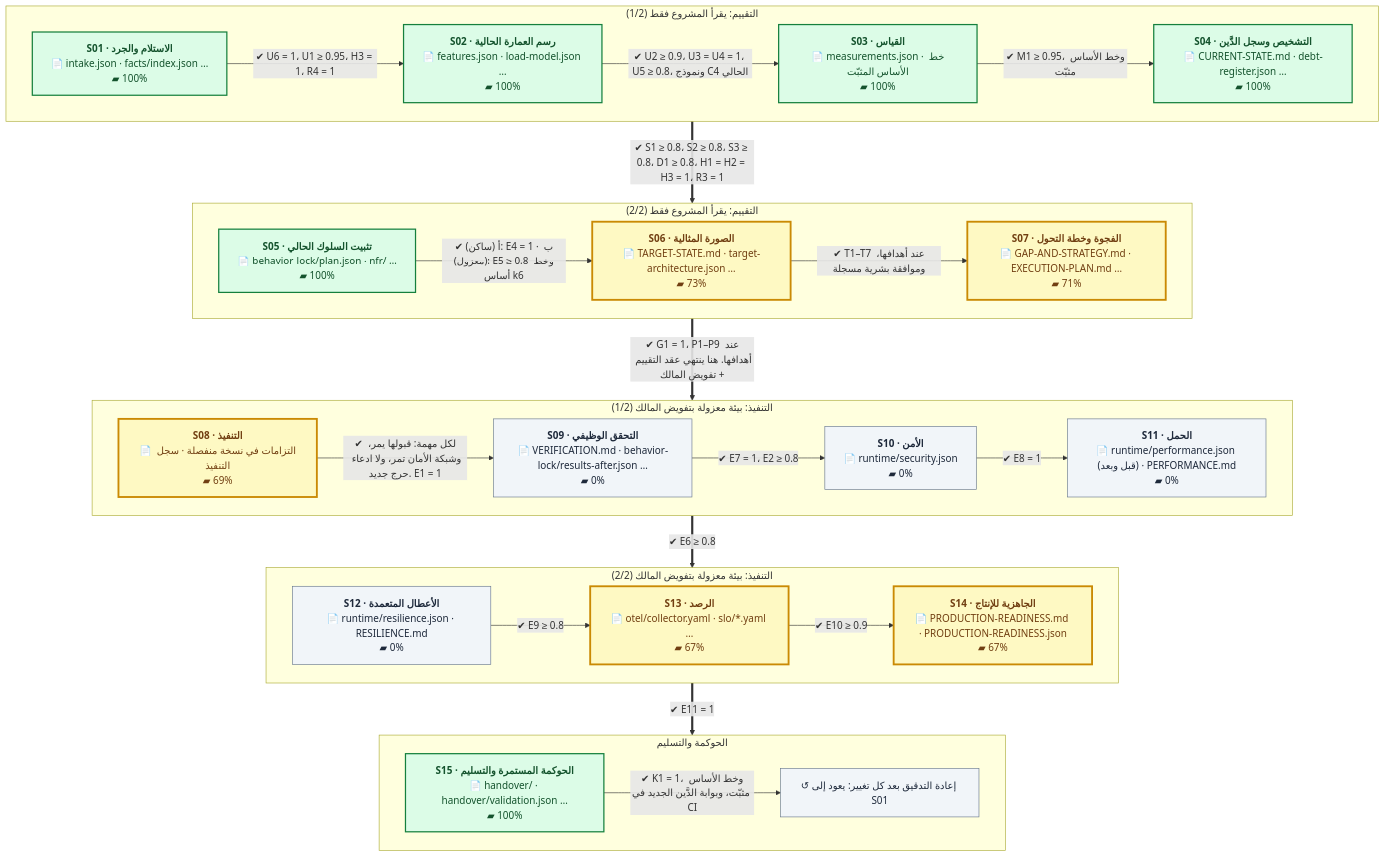
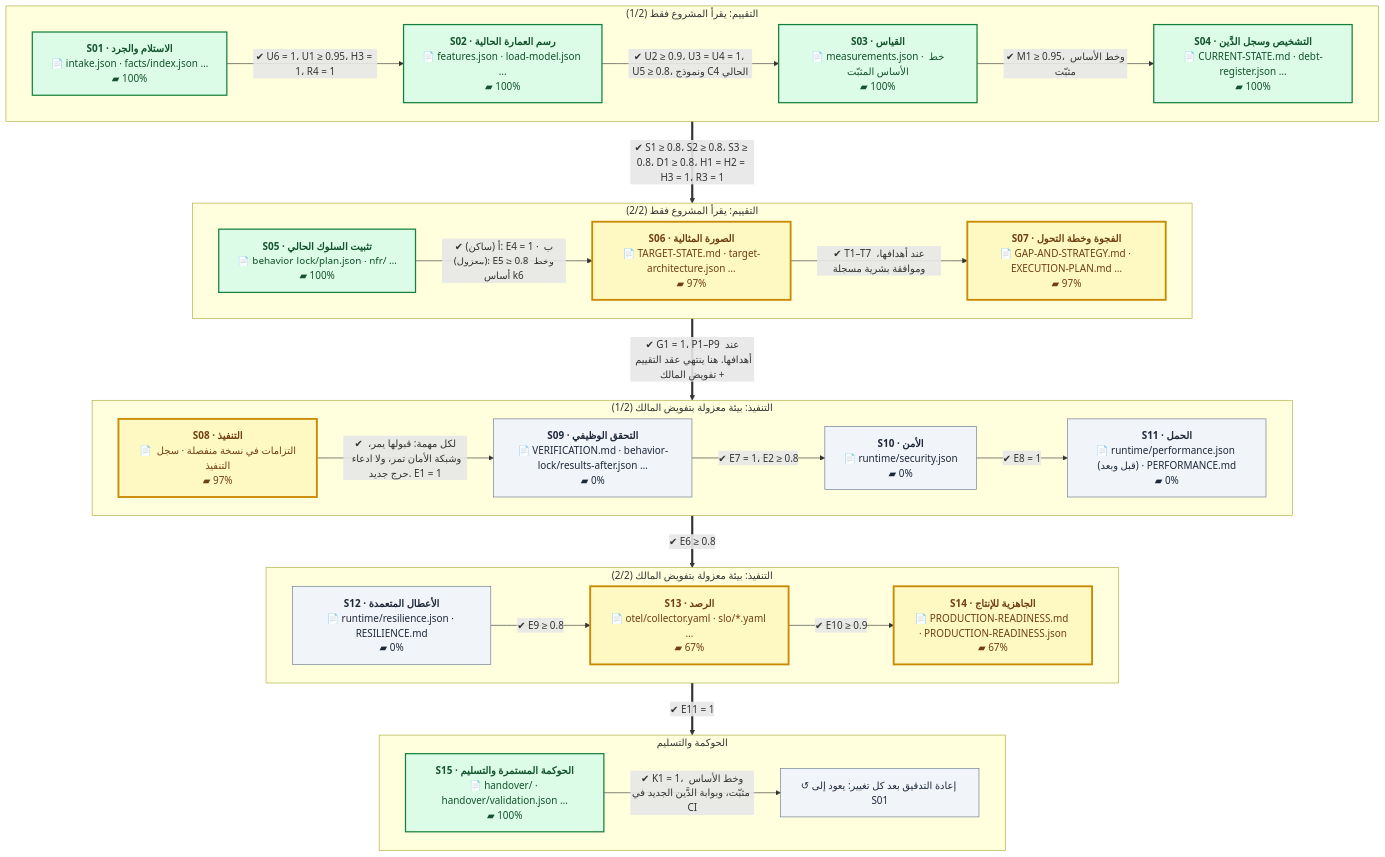
The first of 2 diagrams in README.md (eom1417/engineering-audit-os), drawn with Mermaid before and after one commit. The commit also changed other lines of this file and 4 other files, not shown here.

````diff
--- a/README.md
+++ b/README.md
@@ -52,54 +52,54 @@
 ```mermaid
 %%{init: {'flowchart': {'wrappingWidth': 260, 'nodeSpacing': 40, 'rankSpacing': 60}}}%%
 flowchart TB
     subgraph P1["التقييم: يقرأ المشروع فقط (1/2)"]
         direction LR
         S01["<b>S01 · الاستلام والجرد</b><br/>📄 intake.json · facts/index.json …<br/>▰ 100%"]:::done
         S02["<b>S02 · رسم العمارة الحالية</b><br/>📄 features.json · load-model.json …<br/>▰ 100%"]:::done
         S03["<b>S03 · القياس</b><br/>📄 measurements.json · خط الأساس المثبّت<br/>▰ 100%"]:::done
         S04["<b>S04 · التشخيص وسجل الدَّين</b><br/>📄 CURRENT-STATE.md · debt-register.json …<br/>▰ 100%"]:::done
         S01 -->|"✔ U6 = 1، U1 ≥ 0.95، H3 = 1، R4 = 1"| S02
         S02 -->|"✔ U2 ≥ 0.9، U3 = U4 = 1، U5 ≥ 0.8، ونموذج C4 الحالي"| S03
         S03 -->|"✔ M1 ≥ 0.95، وخط الأساس مثبّت"| S04
     end
     subgraph P2["التقييم: يقرأ المشروع فقط (2/2)"]
         direction LR
         S05["<b>S05 · تثبيت السلوك الحالي</b><br/>📄 behavior-lock/plan.json · nfr/ …<br/>▰ 100%"]:::done
-        S06["<b>S06 · الصورة المثالية</b><br/>📄 TARGET-STATE.md · target-architecture.json …<br/>▰ 73%"]:::current
-        S07["<b>S07 · الفجوة وخطة التحول</b><br/>📄 GAP-AND-STRATEGY.md · EXECUTION-PLAN.md …<br/>▰ 71%"]:::current
+        S06["<b>S06 · الصورة المثالية</b><br/>📄 TARGET-STATE.md · target-architecture.json …<br/>▰ 97%"]:::current
+        S07["<b>S07 · الفجوة وخطة التحول</b><br/>📄 GAP-AND-STRATEGY.md · EXECUTION-PLAN.md …<br/>▰ 97%"]:::current
         S05 -->|"✔ أ (ساكن): E4 = 1 · ب (معزول): E5 ≥ 0.8 وخط أساس k6"| S06
         S06 -->|"✔ T1–T7 عند أهدافها، وموافقة بشرية مسجلة"| S07
     end
     subgraph P3["التنفيذ: بيئة معزولة بتفويض المالك (1/2)"]
         direction LR
-        S08["<b>S08 · التنفيذ</b><br/>📄 التزامات في نسخة منفصلة · سجل التنفيذ<br/>▰ 69%"]:::current
+        S08["<b>S08 · التنفيذ</b><br/>📄 التزامات في نسخة منفصلة · سجل التنفيذ<br/>▰ 97%"]:::current
         S09["<b>S09 · التحقق الوظيفي</b><br/>📄 VERIFICATION.md · behavior-lock/results-after.json …<br/>▰ 0%"]:::next
         S10["<b>S10 · الأمن</b><br/>📄 runtime/security.json<br/>▰ 0%"]:::next
         S11["<b>S11 · الحمل</b><br/>📄 runtime/performance.json (قبل وبعد) · PERFORMANCE.md<br/>▰ 0%"]:::next
         S08 -->|"✔ لكل مهمة: قبولها يمر، وشبكة الأمان تمر، ولا ادعاء حرج جديد. E1 = 1"| S09
         S09 -->|"✔ E7 = 1، E2 ≥ 0.8"| S10
         S10 -->|"✔ E8 = 1"| S11
     end
     subgraph P4["التنفيذ: بيئة معزولة بتفويض المالك (2/2)"]
         direction LR
         S12["<b>S12 · الأعطال المتعمدة</b><br/>📄 runtime/resilience.json · RESILIENCE.md<br/>▰ 0%"]:::next
         S13["<b>S13 · الرصد</b><br/>📄 otel/collector.yaml · slo/*.yaml …<br/>▰ 67%"]:::current
         S14["<b>S14 · الجاهزية للإنتاج</b><br/>📄 PRODUCTION-READINESS.md · PRODUCTION-READINESS.json<br/>▰ 67%"]:::current
         S12 -->|"✔ E9 ≥ 0.8"| S13
         S13 -->|"✔ E10 ≥ 0.9"| S14
     end
     subgraph P5["الحوكمة والتسليم"]
         direction LR
         S15["<b>S15 · الحوكمة المستمرة والتسليم</b><br/>📄 handover/ · handover/validation.json …<br/>▰ 100%"]:::done
         LOOP["↺ إعادة التدقيق بعد كل تغيير: يعود إلى S01"]:::next
         S15 -->|"✔ K1 = 1، وخط الأساس مثبّت، وبوابة الدَّين الجديد في CI"| LOOP
     end
     P1 ==>|"✔ S1 ≥ 0.8، S2 ≥ 0.8، S3 ≥ 0.8، D1 ≥ 0.8، H1 = H2 = H3 = 1، R3 = 1"| P2
     P2 ==>|"✔ G1 = 1، P1–P9 عند أهدافها. هنا ينتهي عقد التقييم + تفويض المالك"| P3
     P3 ==>|"✔ E6 ≥ 0.8"| P4
     P4 ==>|"✔ E11 = 1"| P5
     classDef done fill:#dcfce7,stroke:#15803d,color:#14532d,stroke-width:2px
     classDef current fill:#fef9c3,stroke:#ca8a04,color:#713f12,stroke-width:3px
     classDef next fill:#f1f5f9,stroke:#64748b,color:#1e293b
     classDef owner fill:#fee2e2,stroke:#b91c1c,color:#7f1d1d,stroke-dasharray:5 3
 ```
````
